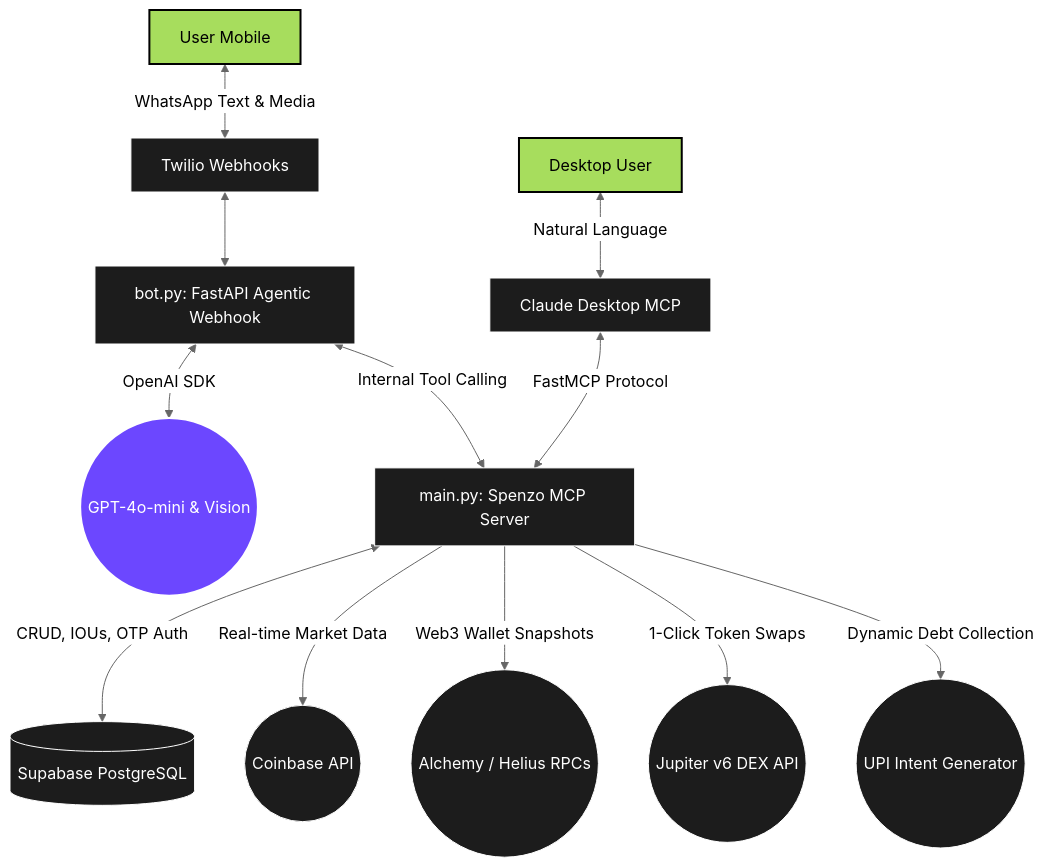
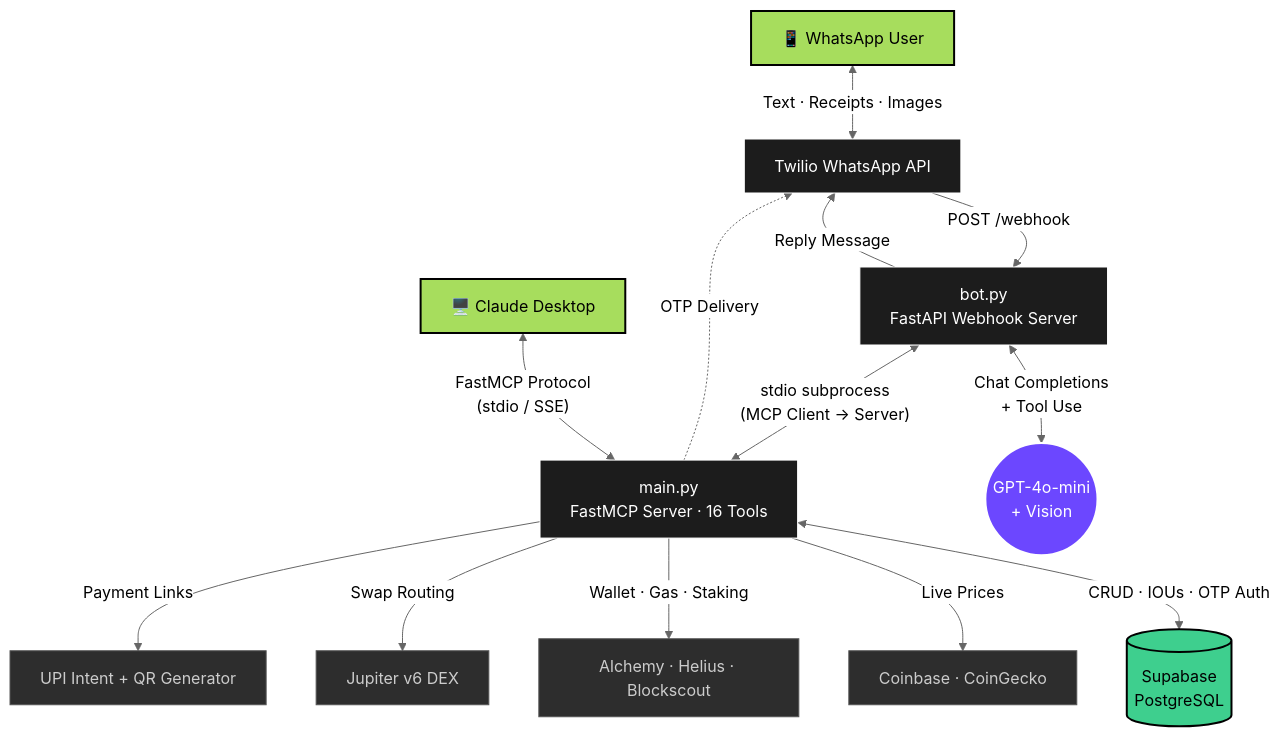
The diagram in README.md (Arav-Arun/Spenzo), drawn with Mermaid (neutral theme) before and after one commit.

Commit message:
Update architecture flowchart to reflect actual system
- Use flowchart TD instead of graph TD for better Mermaid support
- Show bot.py spawning main.py as MCP stdio subprocess
- Add OTP delivery path from main.py back to Twilio
- Group all external APIs accurately (Coinbase+CoinGecko, Alchemy+Helius+Blockscout)
- Add distinct color classes for clients, infra, AI, database, and APIs
- Show 16 MCP tools and dual transport (stdio/SSE)

````diff
--- a/README.md
+++ b/README.md
@@ -32,29 +32,35 @@
 ```mermaid
-graph TD
-    %% User Interfaces
-    UserW[User Mobile] <-->|WhatsApp Text & Media| Twilio[Twilio Webhooks]
-    UserD[Desktop User] <-->|Natural Language| Claude[Claude Desktop MCP]
+flowchart TD
+    %% ── Client Layer ──
+    WA["📱 WhatsApp User"] <-->|"Text · Receipts · Images"| TW["Twilio WhatsApp API"]
+    CD["🖥️ Claude Desktop"] <-->|"FastMCP Protocol<br/>(stdio / SSE)"| MCP
 
-    %% Core Infrastructure
-    Twilio <--> Bot[bot.py: FastAPI Agentic Webhook]
-    Bot <-->|OpenAI SDK| LLM((GPT-4o-mini & Vision))
-    Claude <-->|FastMCP Protocol| Main[main.py: Spenzo MCP Server]
-    Bot <-->|Internal Tool Calling| Main
+    %% ── WhatsApp Pipeline ──
+    TW -->|"POST /webhook"| BOT["bot.py<br/>FastAPI Webhook Server"]
+    BOT -->|"Reply Message"| TW
+    BOT <-->|"Chat Completions<br/>+ Tool Use"| LLM(("GPT-4o-mini<br/>+ Vision"))
+    BOT <-->|"stdio subprocess<br/>(MCP Client → Server)"| MCP["main.py<br/>FastMCP Server · 16 Tools"]
 
-    %% Database Layer
-    Main <-->|CRUD, IOUs, OTP Auth| Supabase[(Supabase PostgreSQL)]
+    %% ── Database ──
+    MCP <-->|"CRUD · IOUs · OTP Auth"| DB[("Supabase<br/>PostgreSQL")]
 
-    %% External APIs (The Omni-Chain Edge)
-    Main -->|Real-time Market Data| CB((Coinbase API))
-    Main -->|Web3 Wallet Snapshots| Web3((Alchemy / Helius RPCs))
-    Main -->|1-Click Token Swaps| DEX((Jupiter v6 DEX API))
-    Main -->|Dynamic Debt Collection| Fiat((UPI Intent Generator))
+    %% ── External APIs ──
+    MCP -->|"Live Prices"| CB["Coinbase · CoinGecko"]
+    MCP -->|"Wallet · Gas · Staking"| W3["Alchemy · Helius · Blockscout"]
+    MCP -->|"Swap Routing"| JUP["Jupiter v6 DEX"]
+    MCP -->|"Payment Links"| UPI["UPI Intent + QR Generator"]
+    MCP -.->|"OTP Delivery"| TW
 
-    %% Formatting
-    classDef primary fill:#a7dd5d,stroke:#000,stroke-width:2px,color:#000
-    classDef secondary fill:#1c1c1c,stroke:#fff,stroke-width:1px,color:#fff
+    %% ── Styles ──
+    classDef client fill:#a7dd5d,stroke:#000,stroke-width:2px,color:#000
+    classDef infra fill:#1c1c1c,stroke:#fff,stroke-width:1px,color:#fff
     classDef ai fill:#6c47ff,stroke:#fff,stroke-width:2px,color:#fff
-    class UserW,UserD primary
-    class Twilio,Claude,Bot,Main,Supabase,CB,Web3,DEX,Fiat secondary
+    classDef db fill:#3ECF8E,stroke:#000,stroke-width:2px,color:#000
+    classDef api fill:#2d2d2d,stroke:#555,stroke-width:1px,color:#ccc
+
+    class WA,CD client
+    class TW,BOT,MCP infra
     class LLM ai
+    class DB db
+    class CB,W3,JUP,UPI api
 ```
````
